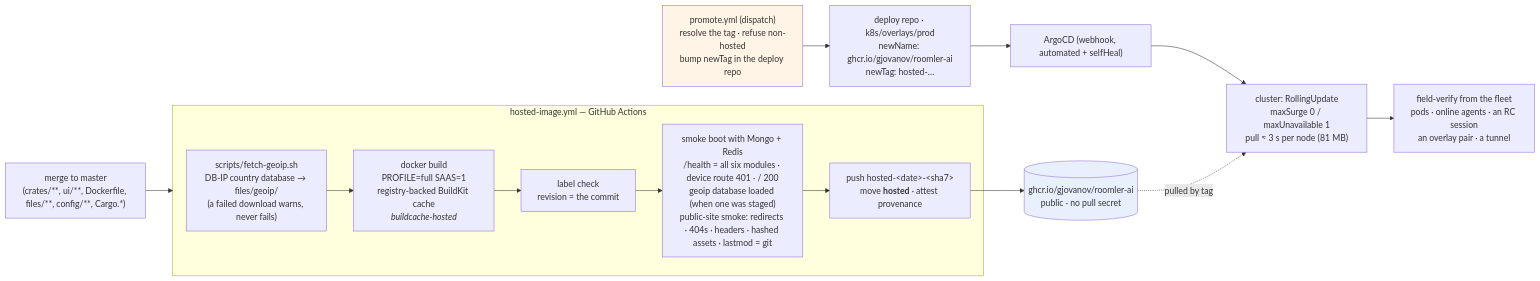
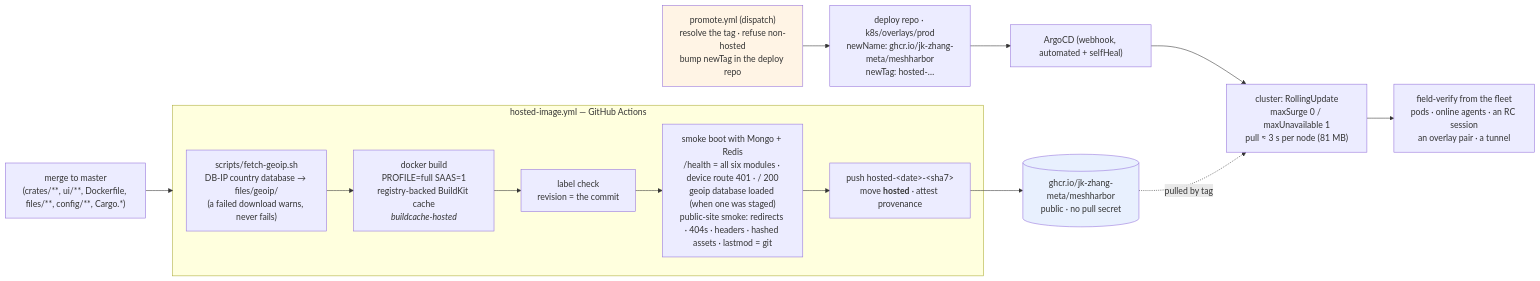
One commit to jk-zhang-meta/MeshHarbor changed the second of 5 diagrams in docs/deployment.md. Above: the diagram before and after it, drawn with Mermaid. The commit also changed other lines of this file and 682 other files, not shown here.

````diff
--- a/docs/deployment.md
+++ b/docs/deployment.md
@@ -56,24 +56,24 @@
 ```mermaid
 flowchart LR
     M["merge to master<br/>(crates/**, ui/**, Dockerfile, files/**, config/**, Cargo.*)"]
     subgraph gha["hosted-image.yml — GitHub Actions"]
         GE["scripts/fetch-geoip.sh<br/>DB-IP country database → files/geoip/<br/>(a failed download warns, never fails)"]
         B["docker build<br/>PROFILE=full SAAS=1<br/>registry-backed BuildKit cache<br/><i>buildcache-hosted</i>"]
         L["label check<br/>revision = the commit"]
         S["smoke boot with Mongo + Redis<br/>/health = all six modules · device route 401 · / 200<br/>geoip database loaded (when one was staged)<br/>public-site smoke: redirects · 404s · headers · hashed assets · lastmod = git"]
         P["push hosted-&lt;date&gt;-&lt;sha7&gt;<br/>move <b>hosted</b> · attest provenance"]
         GE --> B --> L --> S --> P
     end
-    G[("ghcr.io/gjovanov/roomler-ai<br/>public · no pull secret")]
+    G[("ghcr.io/jk-zhang-meta/meshharbor<br/>public · no pull secret")]
     PR["promote.yml (dispatch)<br/>resolve the tag · refuse non-hosted<br/>bump newTag in the deploy repo"]
-    D["deploy repo · k8s/overlays/prod<br/>newName: ghcr.io/gjovanov/roomler-ai<br/>newTag: hosted-…"]
+    D["deploy repo · k8s/overlays/prod<br/>newName: ghcr.io/jk-zhang-meta/meshharbor<br/>newTag: hosted-…"]
     A["ArgoCD (webhook, automated + selfHeal)"]
     K["cluster: RollingUpdate<br/>maxSurge 0 / maxUnavailable 1<br/>pull ≈ 3 s per node (81 MB)"]
     F["field-verify from the fleet<br/>pods · online agents · an RC session<br/>an overlay pair · a tunnel"]
     M --> gha
     P --> G
     PR --> D --> A --> K --> F
     G -.->|"pulled by tag"| K
     style G fill:#e8f0fe
     style PR fill:#fff4e5
 ```
````
